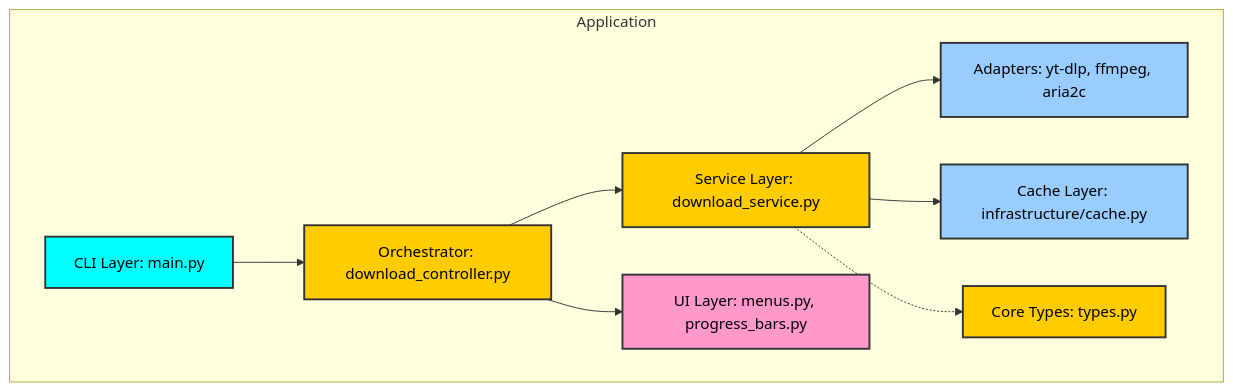
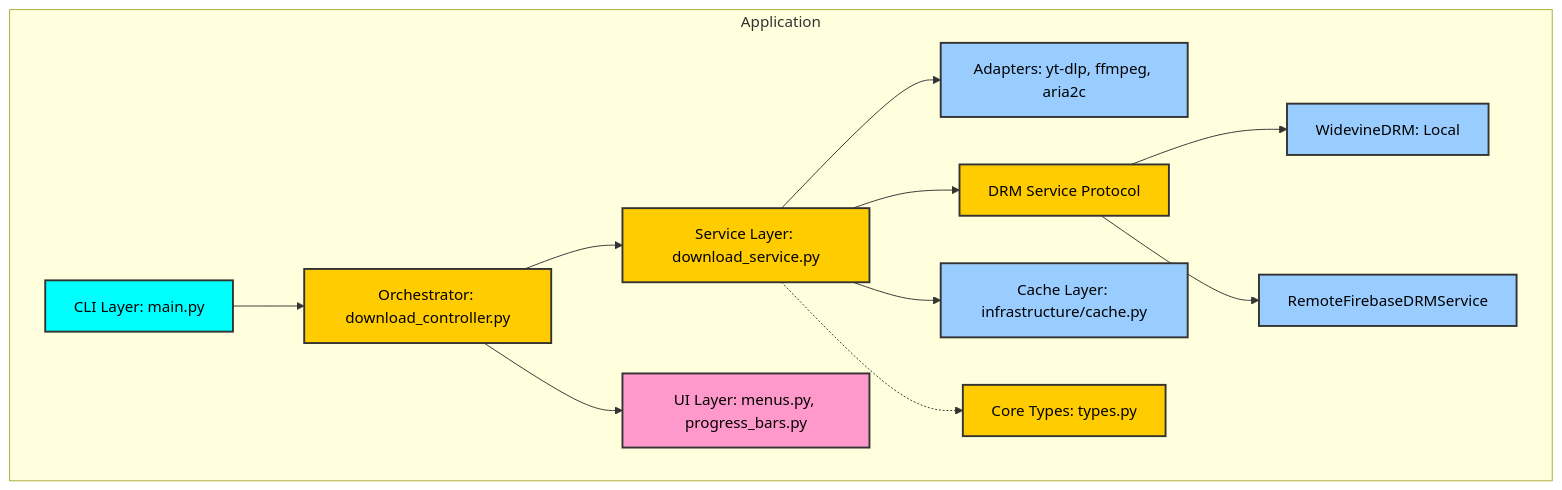
One commit to FJ-cyberzilla/Vid-Dl changed the diagram in docs/structure.mmd. Above: the diagram before and after it, drawn with Mermaid. The commit also changed 17 other files, not shown here.

```diff
--- a/docs/structure.mmd
+++ b/docs/structure.mmd
@@ -1,23 +1,29 @@
 graph TD
     %% Define Styles
     classDef cli fill:#00ffff,stroke:#333,stroke-width:2px,color:#000;
     classDef core fill:#ffcc00,stroke:#333,stroke-width:2px,color:#000;
     classDef inf fill:#99ccff,stroke:#333,stroke-width:2px,color:#000;
     classDef ui fill:#ff99cc,stroke:#333,stroke-width:2px,color:#000;
 
     subgraph "Application"
         CLI[CLI Layer: main.py]:::cli
         ORCH[Orchestrator: download_controller.py]:::core
         SVC[Service Layer: download_service.py]:::core
         TYPES[Core Types: types.py]:::core
         ADPT[Adapters: yt-dlp, ffmpeg, aria2c]:::inf
+        DRM[DRM Service Protocol]:::core
+        LOCAL[WidevineDRM: Local]:::inf
+        REMOTE[RemoteFirebaseDRMService]:::inf
         CACHE[Cache Layer: infrastructure/cache.py]:::inf
         UI[UI Layer: menus.py, progress_bars.py]:::ui
     end
 
     CLI --> ORCH
     ORCH --> SVC
     SVC --> ADPT
+    SVC --> DRM
+    DRM --> LOCAL
+    DRM --> REMOTE
     SVC --> CACHE
     ORCH --> UI
     SVC -.-> TYPES
```
